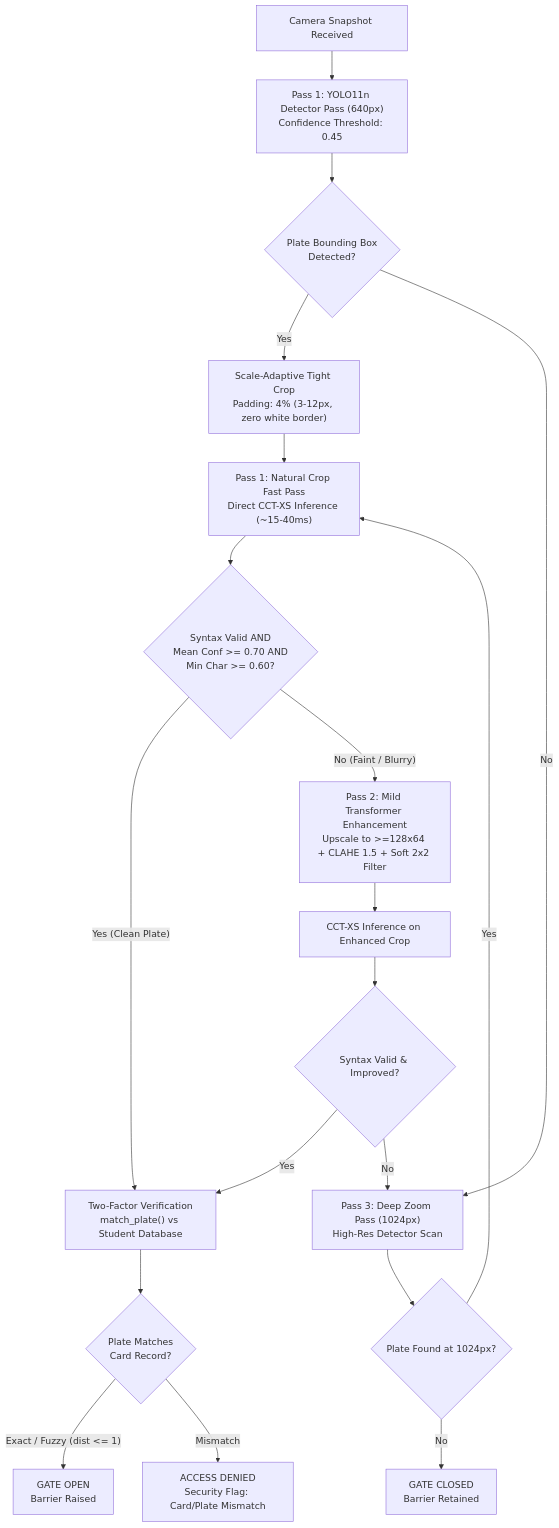
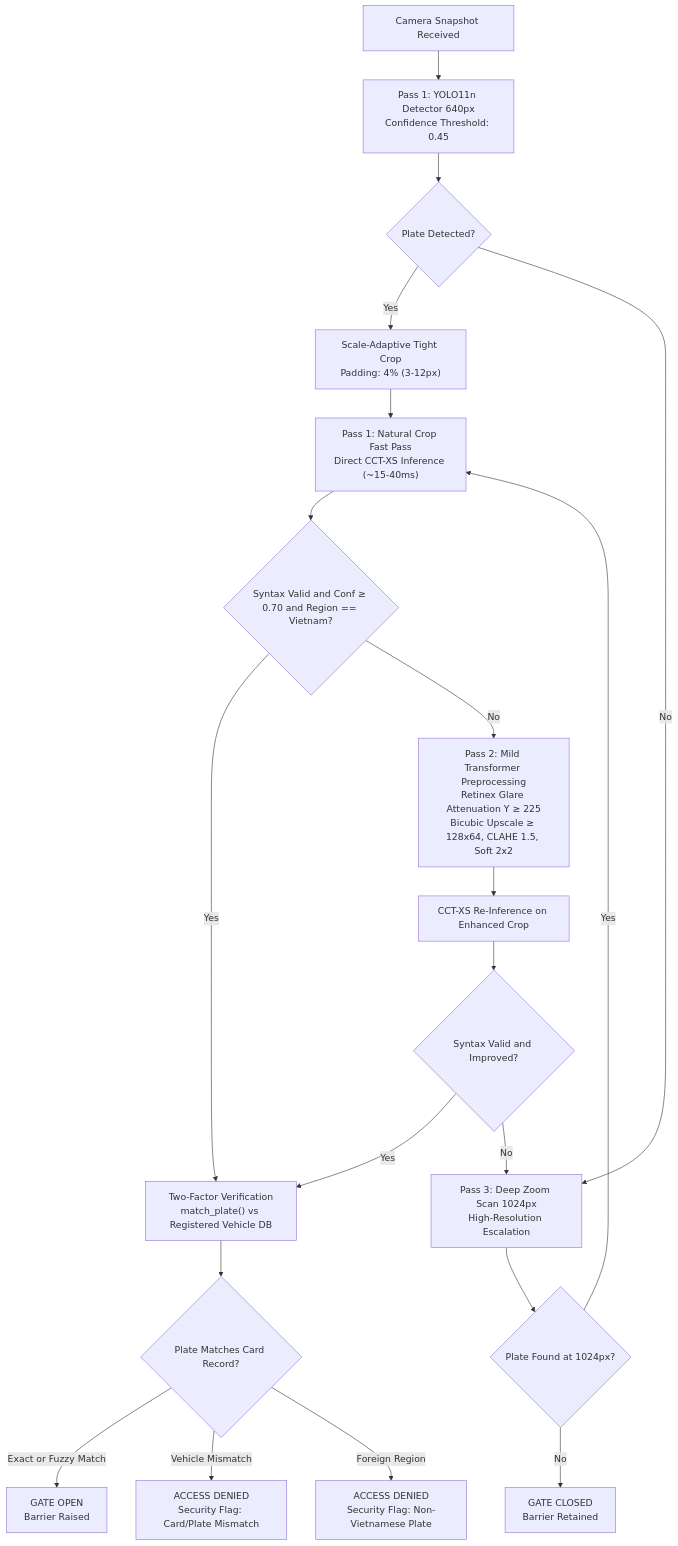
Before and after one commit to angweij1431/EIU_Licenseplatedetector: the diagram in README.md, drawn with Mermaid. The commit also changed other lines of this file and 3 other files, not shown here.

````diff
--- a/README.md
+++ b/README.md
@@ -89,28 +59,29 @@
 ```mermaid
 flowchart TD
-    Start["Camera Snapshot Received"] --> Det1["Pass 1: YOLO11n Detector Pass (640px)<br/>Confidence Threshold: 0.45"]
-    Det1 --> BoxCheck{"Plate Bounding Box<br/>Detected?"}
+    Start["Camera Snapshot Received"] --> Det1["Pass 1: YOLO11n Detector 640px<br>Confidence Threshold: 0.45"]
+    Det1 --> BoxCheck{"Plate Detected?"}
     
-    BoxCheck -->|"Yes"| Crop1["Scale-Adaptive Tight Crop<br/>Padding: 4% (3-12px, zero white border)"]
-    BoxCheck -->|"No"| Zoom3["Pass 3: Deep Zoom Pass (1024px)<br/>High-Res Detector Scan"]
+    BoxCheck -->|Yes| Crop1["Scale-Adaptive Tight Crop<br>Padding: 4% (3-12px)"]
+    BoxCheck -->|No| Zoom3["Pass 3: Deep Zoom Scan 1024px<br>High-Resolution Escalation"]
     
-    Crop1 --> Pass1["Pass 1: Natural Crop Fast Pass<br/>Direct CCT-XS Inference (~15-40ms)"]
-    Pass1 --> Syntax1{"Syntax Valid AND<br/>Mean Conf >= 0.70 AND<br/>Min Char >= 0.60?"}
+    Crop1 --> Pass1["Pass 1: Natural Crop Fast Pass<br>Direct CCT-XS Inference (~15-40ms)"]
+    Pass1 --> Syntax1{"Syntax Valid and Conf &ge; 0.70 and Region == Vietnam?"}
     
-    Syntax1 -->|"Yes (Clean Plate)"| AccessCheck["Two-Factor Verification<br/>match_plate() vs Student Database"]
-    Syntax1 -->|"No (Faint / Blurry)"| Pass2["Pass 2: Mild Transformer Enhancement<br/>Upscale to >=128x64 + CLAHE 1.5 + Soft 2x2 Filter"]
+    Syntax1 -->|Yes| AccessCheck["Two-Factor Verification<br>match_plate() vs Registered Vehicle DB"]
+    Syntax1 -->|No| Pass2["Pass 2: Mild Transformer Preprocessing<br>Retinex Glare Attenuation Y &ge; 225<br>Bicubic Upscale &ge; 128x64, CLAHE 1.5, Soft 2x2"]
     
-    Pass2 --> CCT2["CCT-XS Inference on Enhanced Crop"]
-    CCT2 --> Syntax2{"Syntax Valid & Improved?"}
+    Pass2 --> CCT2["CCT-XS Re-Inference on Enhanced Crop"]
+    CCT2 --> Syntax2{"Syntax Valid and Improved?"}
     
-    Syntax2 -->|"Yes"| AccessCheck
-    Syntax2 -->|"No"| Zoom3
+    Syntax2 -->|Yes| AccessCheck
+    Syntax2 -->|No| Zoom3
     
     Zoom3 --> Box3Check{"Plate Found at 1024px?"}
-    Box3Check -->|"Yes"| Pass1
-    Box3Check -->|"No"| Deny["GATE CLOSED<br/>Barrier Retained"]
+    Box3Check -->|Yes| Pass1
+    Box3Check -->|No| Deny["GATE CLOSED<br>Barrier Retained"]
     
-    AccessCheck --> Match{"Plate Matches<br/>Card Record?"}
-    Match -->|"Exact / Fuzzy (dist <= 1)"| Open["GATE OPEN<br/>Barrier Raised"]
-    Match -->|"Mismatch"| Mismatch["ACCESS DENIED<br/>Security Flag: Card/Plate Mismatch"]
+    AccessCheck --> Match{"Plate Matches Card Record?"}
+    Match -->|Exact or Fuzzy Match| Open["GATE OPEN<br>Barrier Raised"]
+    Match -->|Vehicle Mismatch| Mismatch["ACCESS DENIED<br>Security Flag: Card/Plate Mismatch"]
+    Match -->|Foreign Region| ForeignDeny["ACCESS DENIED<br>Security Flag: Non-Vietnamese Plate"]
 ```
````
